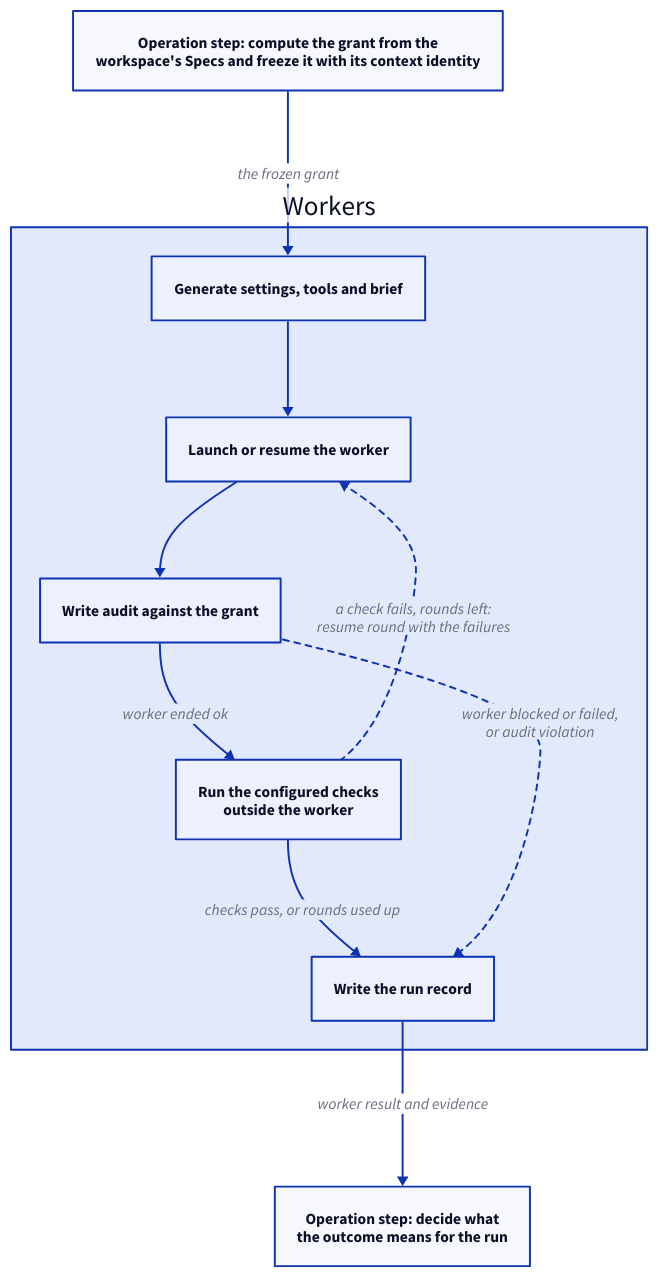
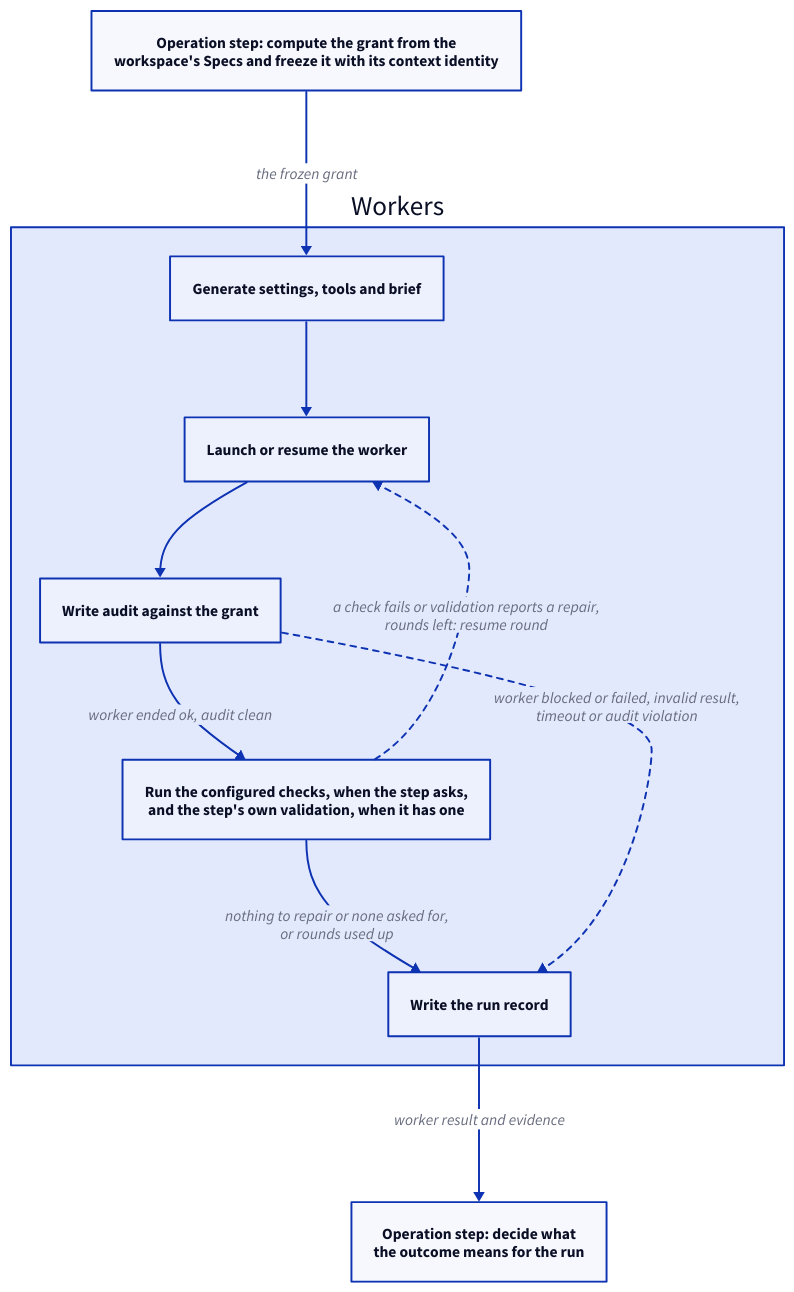
The first of 3 diagrams in specs/concorde/execution/operations/module.md (FTOD/concorde), drawn with D2 before and after one commit. The commit also changed other lines of this file and 12 other files, not shown here.

````diff
--- a/specs/concorde/execution/operations/module.md
+++ b/specs/concorde/execution/operations/module.md
@@ -87,19 +89,19 @@
 ```d2 illustrative
 direction: down
 grant: "Operation step: compute the grant from the\nworkspace's Specs and freeze it with its context identity"
 workers: Workers {
   prepare: "Generate settings, tools and brief"
   launch: "Launch or resume the worker"
   audit: "Write audit against the grant"
-  checks: "Run the configured checks\noutside the worker"
+  checks: "Run the configured checks, when the step asks,\nand the step's own validation, when it has one"
   record: "Write the run record"
   prepare -> launch -> audit
-  audit -> checks: "worker ended ok"
-  launch <- checks: "a check fails, rounds left:\nresume round with the failures" {style.stroke-dash: 3}
-  checks -> record: "checks pass, or rounds used up"
-  audit -> record: "worker blocked or failed,\nor audit violation" {style.stroke-dash: 3}
+  audit -> checks: "worker ended ok, audit clean"
+  launch <- checks: "a check fails or validation reports a repair,\nrounds left: resume round" {style.stroke-dash: 3}
+  checks -> record: "nothing to repair or none asked for,\nor rounds used up"
+  audit -> record: "worker blocked or failed, invalid result,\ntimeout or audit violation" {style.stroke-dash: 3}
 }
 decide: "Operation step: decide what\nthe outcome means for the run"
 grant -> workers.prepare: "the frozen grant"
 workers.record -> decide: "worker result and evidence"
 ```
````
